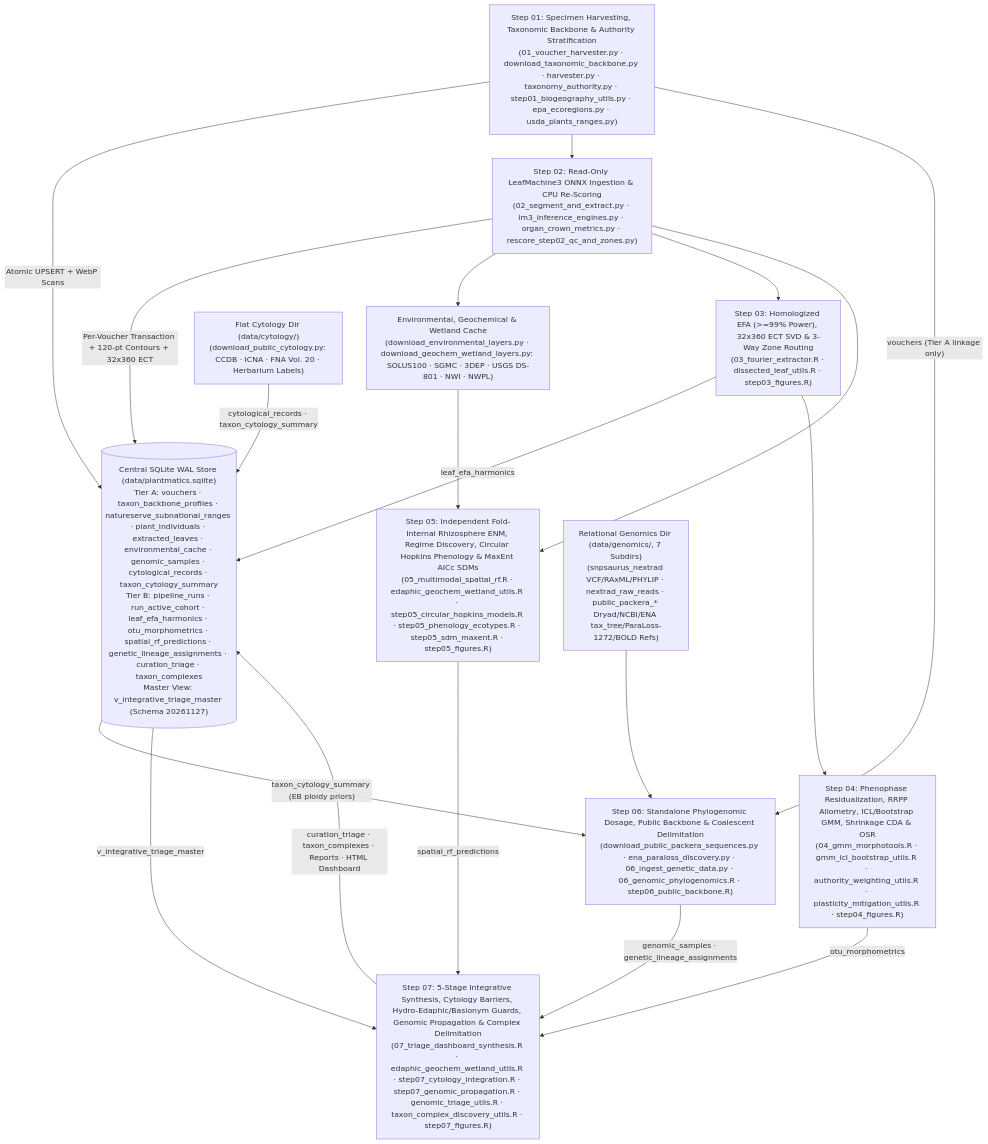
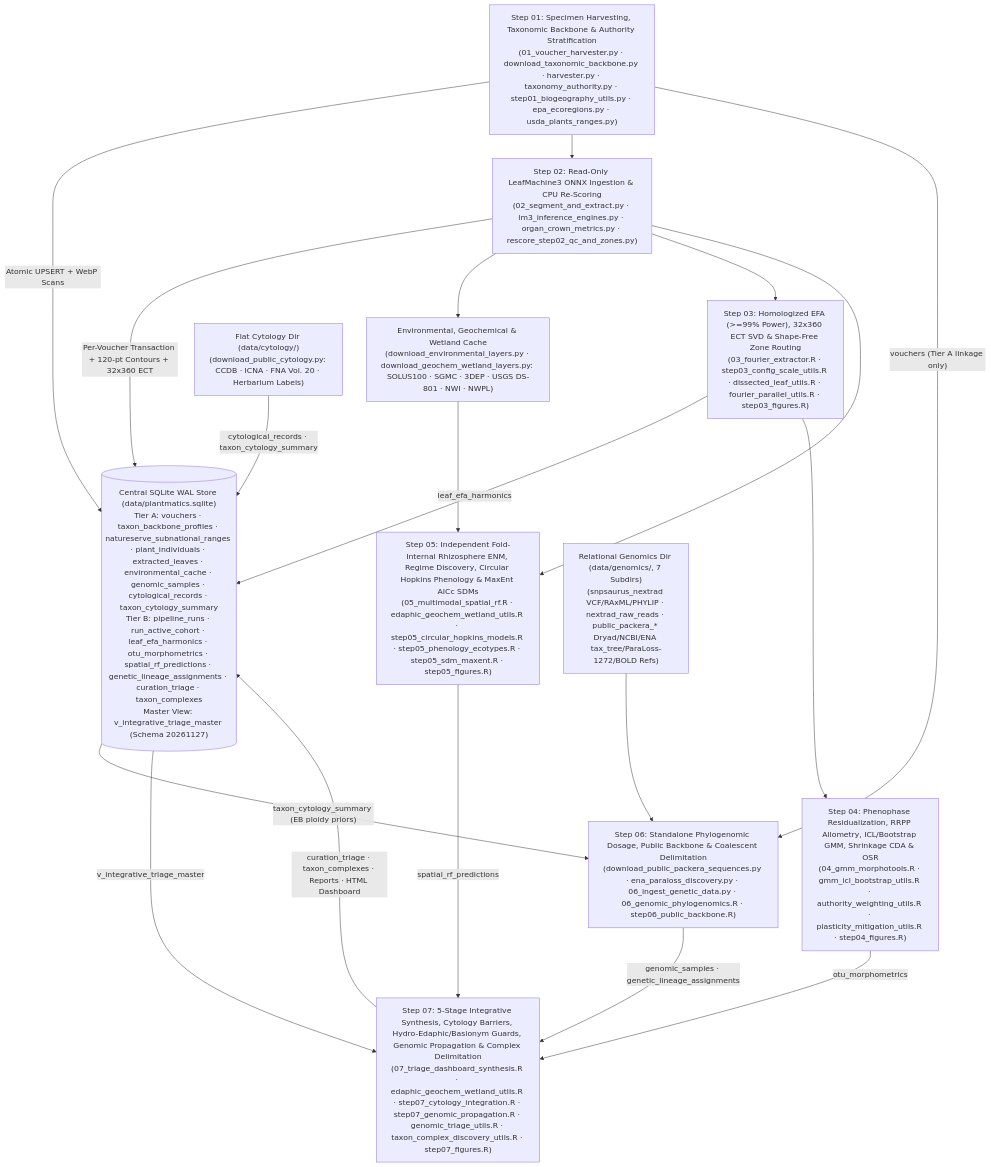
Before and after one commit to Plantatsrophe/Packera_dubia_morphometrics: the diagram in README.md, drawn with Mermaid. The commit also changed other lines of this file and 23 other files, not shown here.

Commit message:
feat: update Step 03 morphometric pipeline with physical-unit calibration and shape-free zone routing

````diff
--- a/README.md
+++ b/README.md
@@ -31,23 +31,23 @@
 ```mermaid
 flowchart TD
     DB[("Central SQLite WAL Store (data/plantmatics.sqlite)\nTier A: vouchers · taxon_backbone_profiles · natureserve_subnational_ranges · plant_individuals · extracted_leaves · environmental_cache · genomic_samples · cytological_records · taxon_cytology_summary\nTier B: pipeline_runs · run_active_cohort · leaf_efa_harmonics · otu_morphometrics · spatial_rf_predictions · genetic_lineage_assignments · curation_triage · taxon_complexes\nMaster View: v_integrative_triage_master (Schema 20261127)")]
 
     S1["Step 01: Specimen Harvesting, Taxonomic Backbone & Authority Stratification\n(01_voucher_harvester.py · download_taxonomic_backbone.py · harvester.py · taxonomy_authority.py · step01_biogeography_utils.py · epa_ecoregions.py · usda_plants_ranges.py)"] -->|"Atomic UPSERT + WebP Scans"| DB
     S1 --> S2["Step 02: Read-Only LeafMachine3 ONNX Ingestion & CPU Re-Scoring\n(02_segment_and_extract.py · lm3_inference_engines.py · organ_crown_metrics.py · rescore_step02_qc_and_zones.py)"]
     S2 -->|"Per-Voucher Transaction + 120-pt Contours + 32x360 ECT"| DB
     S2 --> E0["Environmental, Geochemical & Wetland Cache\n(download_environmental_layers.py · download_geochem_wetland_layers.py: SOLUS100 · SGMC · 3DEP · USGS DS-801 · NWI · NWPL)"]
-    S2 --> S3["Step 03: Homologized EFA (>=99% Power), 32x360 ECT SVD & 3-Way Zone Routing\n(03_fourier_extractor.R · dissected_leaf_utils.R · step03_figures.R)"]
+    S2 --> S3["Step 03: Homologized EFA (>=99% Power), 32x360 ECT SVD & Shape-Free Zone Routing\n(03_fourier_extractor.R · step03_config_scale_utils.R · dissected_leaf_utils.R · fourier_parallel_utils.R · step03_figures.R)"]
     S3 -->|"leaf_efa_harmonics"| DB
     S3 --> S4["Step 04: Phenophase Residualization, RRPP Allometry, ICL/Bootstrap GMM, Shrinkage CDA & OSR\n(04_gmm_morphotools.R · gmm_icl_bootstrap_utils.R · authority_weighting_utils.R · plasticity_mitigation_utils.R · step04_figures.R)"]
     S4 -->|"otu_morphometrics"| S7
     S2 --> S5["Step 05: Independent Fold-Internal Rhizosphere ENM, Regime Discovery, Circular Hopkins Phenology & MaxEnt AICc SDMs\n(05_multimodal_spatial_rf.R · edaphic_geochem_wetland_utils.R · step05_circular_hopkins_models.R · step05_phenology_ecotypes.R · step05_sdm_maxent.R · step05_figures.R)"]
     E0 --> S5
     S5 -->|"spatial_rf_predictions"| S7
     G0["Relational Genomics Dir (data/genomics/, 7 Subdirs)\n(snpsaurus_nextrad VCF/RAxML/PHYLIP · nextrad_raw_reads · public_packera_* Dryad/NCBI/ENA tax_tree/ParaLoss-1272/BOLD Refs)"] --> S6["Step 06: Standalone Phylogenomic Dosage, Public Backbone & Coalescent Delimitation\n(download_public_packera_sequences.py · ena_paraloss_discovery.py · 06_ingest_genetic_data.py · 06_genomic_phylogenomics.R · step06_public_backbone.R)"]
     S1 -->|"vouchers (Tier A linkage only)"| S6
     S6 -->|"genomic_samples · genetic_lineage_assignments"| S7
     C0["Flat Cytology Dir (data/cytology/)\n(download_public_cytology.py: CCDB · ICNA · FNA Vol. 20 · Herbarium Labels)"] -->|"cytological_records · taxon_cytology_summary"| DB
     DB -->|"taxon_cytology_summary (EB ploidy priors)"| S6
     DB -->|"v_integrative_triage_master"| S7["Step 07: 5-Stage Integrative Synthesis, Cytology Barriers, Hydro-Edaphic/Basionym Guards, Genomic Propagation & Complex Delimitation\n(07_triage_dashboard_synthesis.R · edaphic_geochem_wetland_utils.R · step07_cytology_integration.R · step07_genomic_propagation.R · genomic_triage_utils.R · taxon_complex_discovery_utils.R · step07_figures.R)"]
     S7 -->|"curation_triage · taxon_complexes · Reports · HTML Dashboard"| DB
 ```
````
